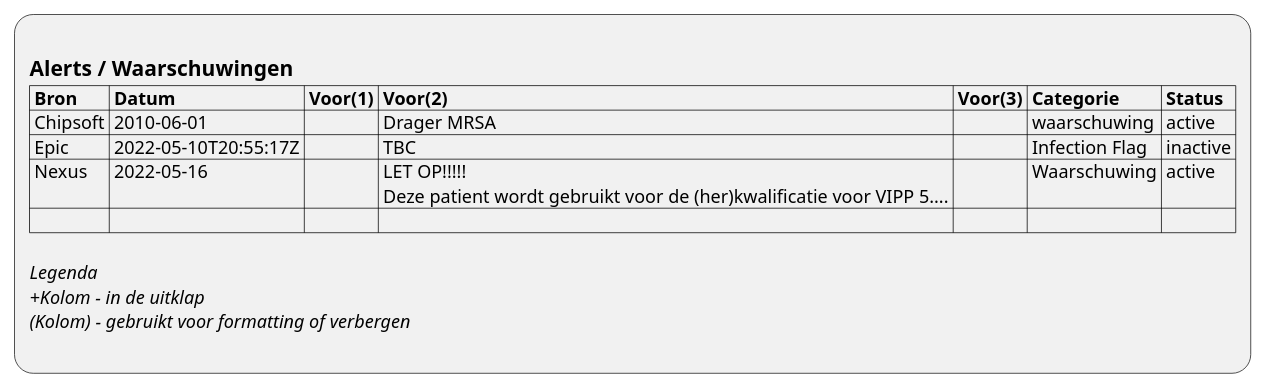
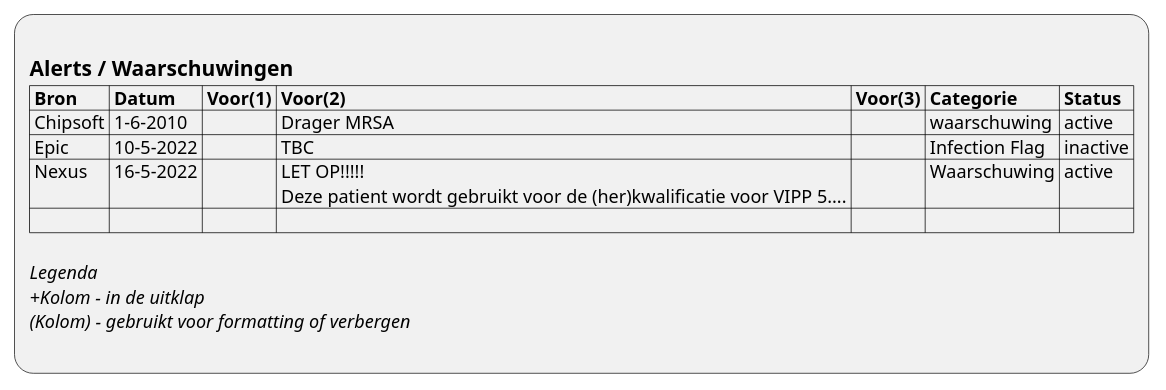
The diagram in input/images-source/ViewDefinition-Flag.plantuml (RIVO-Noord/zorgviewer-ig), drawn with PlantUML before and after one commit. The commit also changed 14 other files, not shown here.

```diff
--- a/input/images-source/ViewDefinition-Flag.plantuml
+++ b/input/images-source/ViewDefinition-Flag.plantuml
@@ -1,14 +1,14 @@
 @startuml ViewDefinition-Flag
 :
 == Alerts / Waarschuwingen
 |= Bron |= Datum |= Voor(1) |= Voor(2) |= Voor(3) |= Categorie |= Status |
-| Chipsoft | 2010-06-01 |  | Drager MRSA |  | waarschuwing | active |
-| Epic | 2022-05-10T20:55:17Z |  | TBC |  | Infection Flag | inactive |
-| Nexus | 2022-05-16 |  | LET OP!!!!!\n Deze patient wordt gebruikt voor de (her)kwalificatie voor VIPP 5.... |  | Waarschuwing | active |
+| Chipsoft | 1-6-2010 |  | Drager MRSA |  | waarschuwing | active |
+| Epic | 10-5-2022 |  | TBC |  | Infection Flag | inactive |
+| Nexus | 16-5-2022 |  | LET OP!!!!!\n Deze patient wordt gebruikt voor de (her)kwalificatie voor VIPP 5.... |  | Waarschuwing | active |
 | |
 
 //Legenda//
 //+Kolom - in de uitklap//
 //(Kolom) - gebruikt voor formatting of verbergen//
 ;
 @enduml
```
